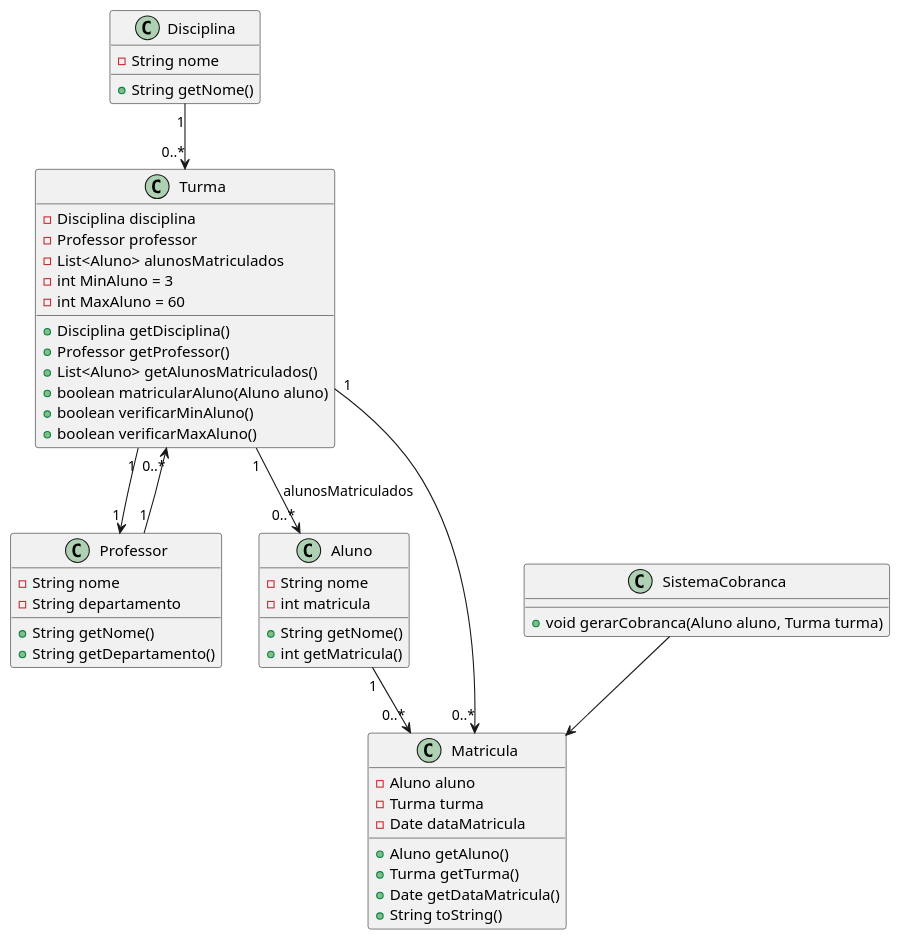
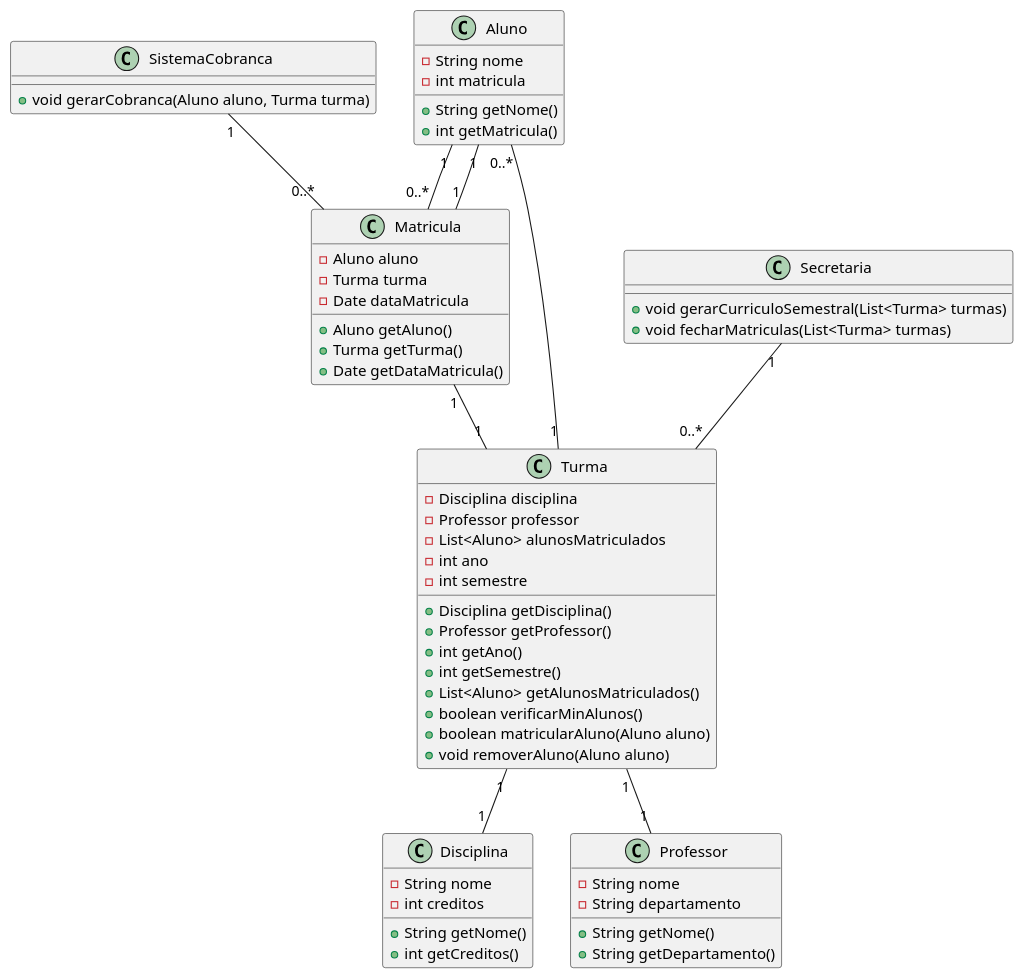
Before and after one commit to diascw/sistema-de-matricula: the diagram in project/diagramas/diagrama-de-classe.puml, drawn with PlantUML. The commit also changed 3 other files, not shown here.

```diff
--- a/project/diagramas/diagrama-de-classe.puml
+++ b/project/diagramas/diagrama-de-classe.puml
@@ -1,58 +1,67 @@
 @startuml
 
 class Aluno {
     - String nome
     - int matricula
     + String getNome()
     + int getMatricula()
 }
 
 class Disciplina {
     - String nome
+    - int creditos
     + String getNome()
+    + int getCreditos()
+}
+
+class Matricula {
+    - Aluno aluno
+    - Turma turma
+    - Date dataMatricula
+    + Aluno getAluno()
+    + Turma getTurma()
+    + Date getDataMatricula()
 }
 
 class Professor {
     - String nome
     - String departamento
     + String getNome()
     + String getDepartamento()
 }
 
-class Turma {
-    - Disciplina disciplina
-    - Professor professor
-    - List<Aluno> alunosMatriculados
-    - int MinAluno = 3
-    - int MaxAluno = 60
-    + Disciplina getDisciplina()
-    + Professor getProfessor()
-    + List<Aluno> getAlunosMatriculados()
-    + boolean matricularAluno(Aluno aluno)
-    + boolean verificarMinAluno()
-    + boolean verificarMaxAluno()
-}
-
-class Matricula {
-    - Aluno aluno
-    - Turma turma
-    - Date dataMatricula
-    + Aluno getAluno()
-    + Turma getTurma()
-    + Date getDataMatricula()
-    + String toString()
+class Secretaria {
+    + void gerarCurriculoSemestral(List<Turma> turmas)
+    + void fecharMatriculas(List<Turma> turmas)
 }
 
 class SistemaCobranca {
     + void gerarCobranca(Aluno aluno, Turma turma)
 }
 
-Aluno "1" --> "0..*" Matricula
-Turma "1" --> "0..*" Matricula
-Professor "1" --> "0..*" Turma
-Disciplina "1" --> "0..*" Turma
-Turma "1" --> "0..*" Aluno : "alunosMatriculados"
-Turma "1" --> "1" Professor
-SistemaCobranca --> Matricula
+class Turma {
+    - Disciplina disciplina
+    - Professor professor
+    - List<Aluno> alunosMatriculados
+    - int ano
+    - int semestre
+    + Disciplina getDisciplina()
+    + Professor getProfessor()
+    + int getAno()
+    + int getSemestre()
+    + List<Aluno> getAlunosMatriculados()
+    + boolean verificarMinAlunos()
+    + boolean matricularAluno(Aluno aluno)
+    + void removerAluno(Aluno aluno)
+}
+
+Aluno "1" -- "0..*" Matricula 
+Matricula "1" -- "1" Aluno 
+Matricula "1" -- "1" Turma
+Turma "1" -- "0..*" Aluno 
+Turma "1" -- "1" Disciplina 
+Turma "1" -- "1" Professor
+Secretaria "1" -- "0..*" Turma 
+SistemaCobranca "1" -- "0..*" Matricula 
 
 @enduml
```
